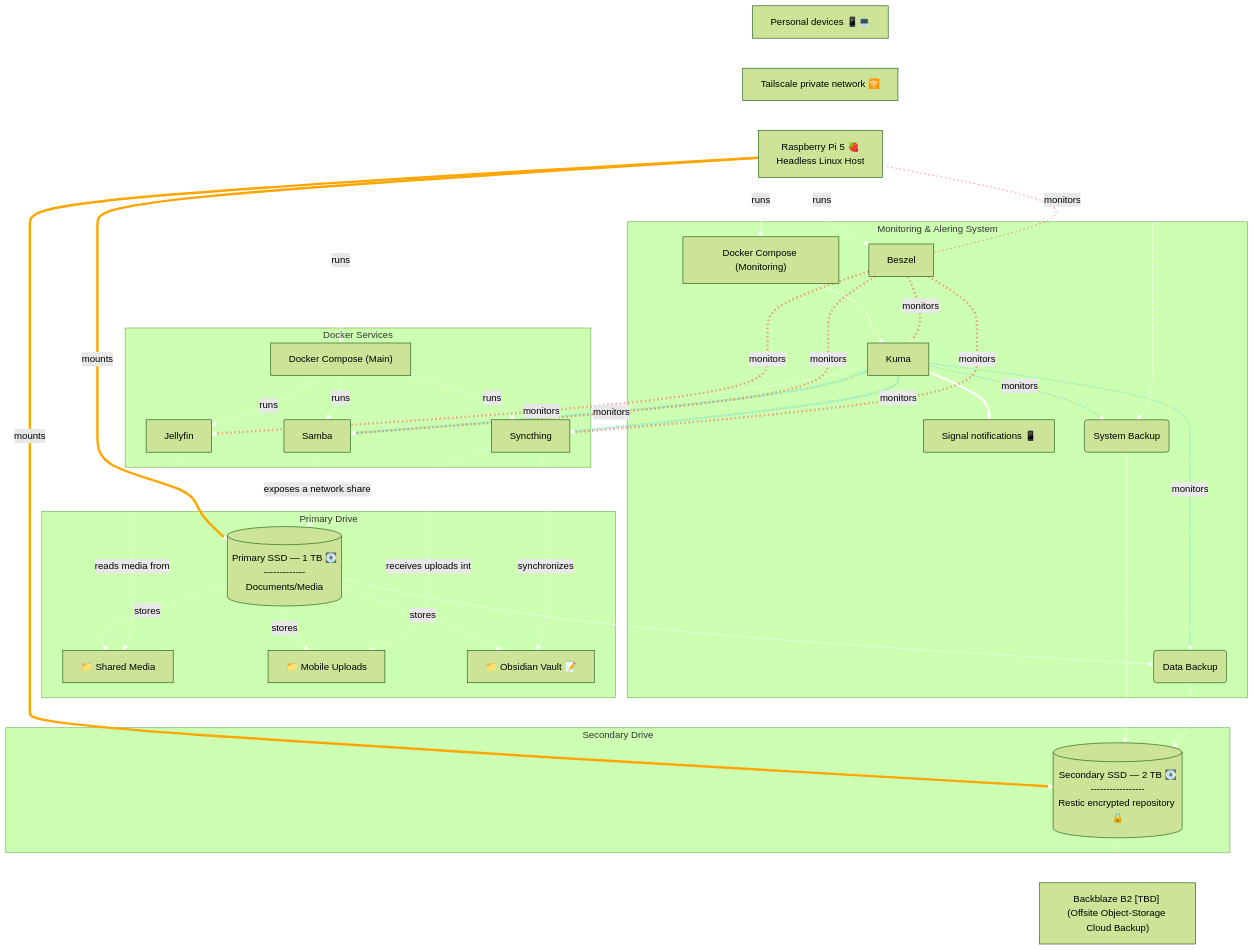
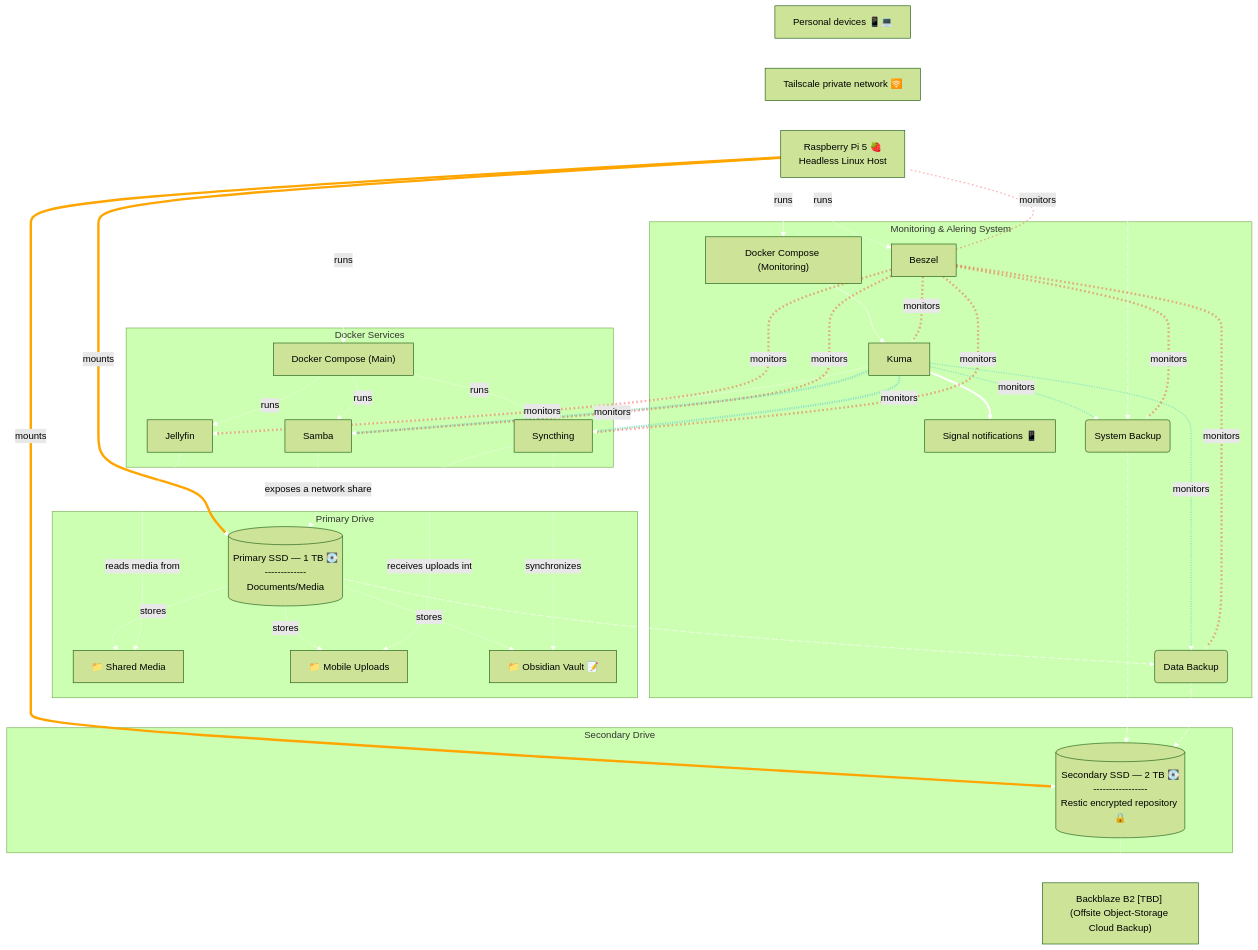
One commit to QuantumZenoSix/home-lab changed the diagram in diagrams/architecture_with_beszel.md. Above: the diagram before and after it, drawn with Mermaid (forest theme).

Commit message:
Refactor architecture diagram with backup identifiers

````diff
--- a/diagrams/architecture_with_beszel.md
+++ b/diagrams/architecture_with_beszel.md
@@ -1,5 +1,4 @@
 ```mermaid
-
 flowchart TB
 
 
@@ -78,11 +77,13 @@
 
 
     %% Backups flow %%
-    Pi e4@--> id1(System Backup) e5@--> SecondarySSD
+    id1(System Backup)
+    Pi e4@--> id1 e5@--> SecondarySSD
     e4@{ animation: fast}    
     e5@{ animation: fast}    
 
-    PrimarySSD e3@--> id2(Data Backup) e6@-->  SecondarySSD
+    id2(Data Backup)
+    PrimarySSD e3@--> id2 e6@-->  SecondarySSD
     e3@{ animation: fast}
     e6@{ animation: fast}    
 
@@ -95,6 +96,8 @@
     Beszel -.monitors.-> Syncthing
     Beszel -.monitors.-> Samba
     Beszel -.monitors.-> Kuma
+    Beszel -.monitors.-> id1
+    Beszel -.monitors.-> id2
 
 
 
@@ -118,6 +121,8 @@
     linkStyle 31 stroke-width:4px,stroke:red,stroke-dasharray:3 4,opacity: 0.3
     linkStyle 32 stroke-width:4px,stroke:red,stroke-dasharray:3 4,opacity: 0.3
     linkStyle 33 stroke-width:4px,stroke:red,stroke-dasharray:3 4,opacity: 0.3
+    linkStyle 34 stroke-width:4px,stroke:red,stroke-dasharray:3 4,opacity: 0.3
+    linkStyle 35 stroke-width:4px,stroke:red,stroke-dasharray:3 4,opacity: 0.3
 
 
 
````
